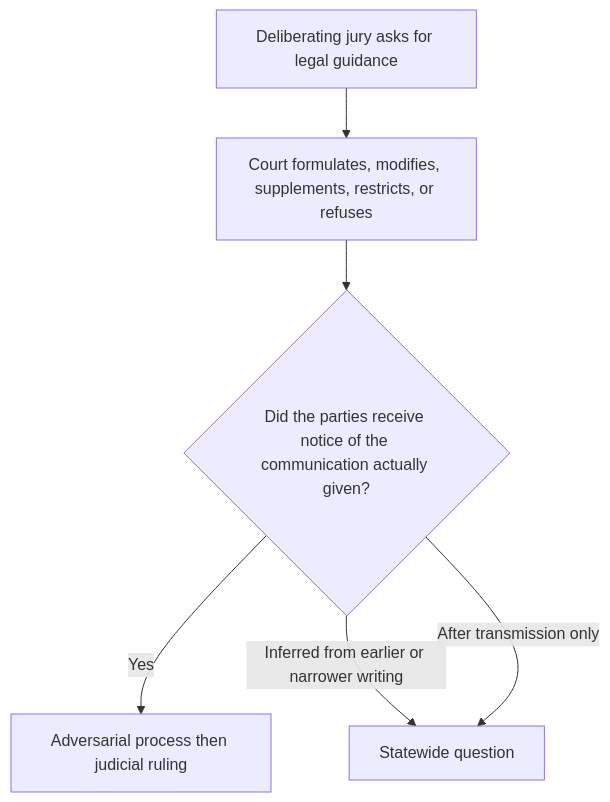
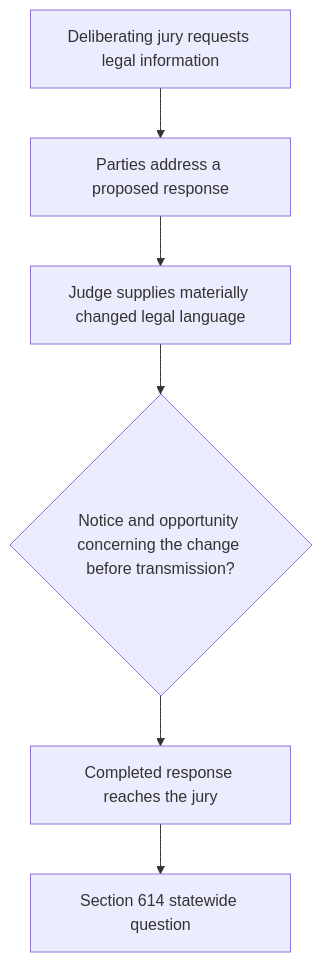
Before and after one commit to SFCALEGAL/CSAA-ABDELHALIM-WONG-PSA-CSK: the first of 7 diagrams in QUESTION.md, drawn with Mermaid. The commit also changed other lines of this file, not shown here.

First line of the commit message:
Enhance QUESTION.md to clarify procedural implications of jury responses

````diff
--- a/QUESTION.md
+++ b/QUESTION.md
@@ -54,8 +47,8 @@
 ```mermaid
 flowchart TD
-  A[Deliberating jury asks for legal guidance] --> B[Court formulates, modifies, supplements, restricts, or refuses]
-  B --> C{Did the parties receive notice of the communication actually given?}
-  C -->|Yes| D[Adversarial process then judicial ruling]
-  C -->|Inferred from earlier or narrower writing| E[Statewide question]
-  C -->|After transmission only| E
+  A[Deliberating jury requests legal information] --> B[Parties address a proposed response]
+  B --> C[Judge supplies materially changed legal language]
+  C --> D{Notice and opportunity concerning the change before transmission?}
+  D --> E[Completed response reaches the jury]
+  E --> F[Section 614 statewide question]
 ```
````
